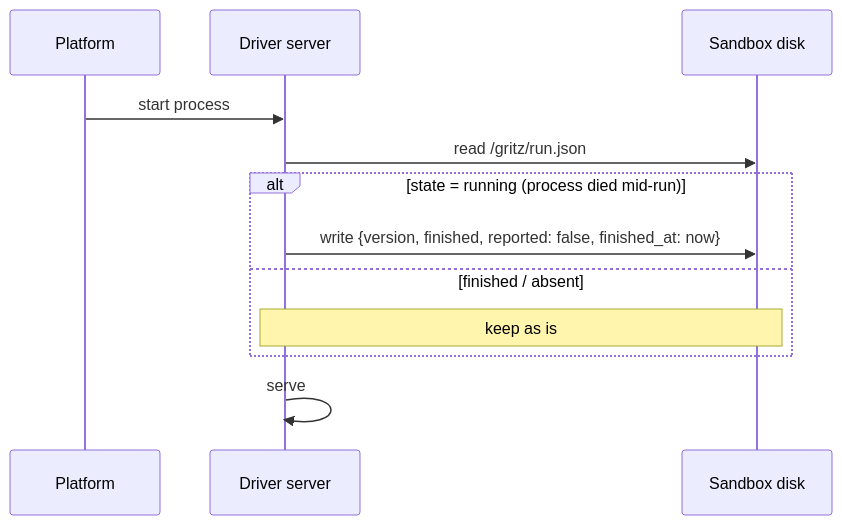
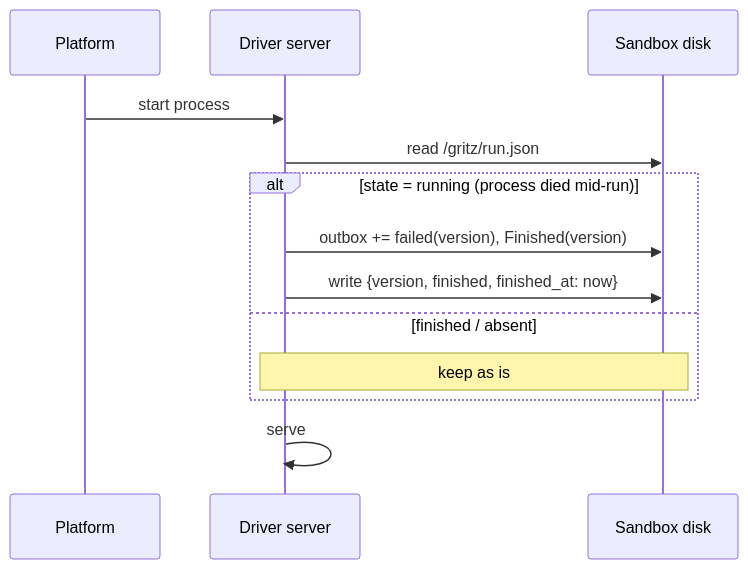
One commit to gritzapp/gritz changed the first of 6 diagrams in proposals/draft/driver-server.md. Above: the diagram before and after it, drawn with Mermaid. The commit also changed other lines of this file and 4 other files, not shown here.

````diff
--- a/proposals/draft/driver-server.md
+++ b/proposals/draft/driver-server.md
@@ -238,15 +312,16 @@
 ```mermaid
 sequenceDiagram
     participant P as Platform
     participant D as Driver server
     participant F as Sandbox disk
 
     P->>D: start process
     D->>F: read /gritz/run.json
     alt state = running (process died mid-run)
-        D->>F: write {version, finished, reported: false, finished_at: now}
+        D->>F: outbox += failed(version), Finished(version)
+        D->>F: write {version, finished, finished_at: now}
     else finished / absent
         Note over D,F: keep as is
     end
     D->>D: serve
 ```
````
